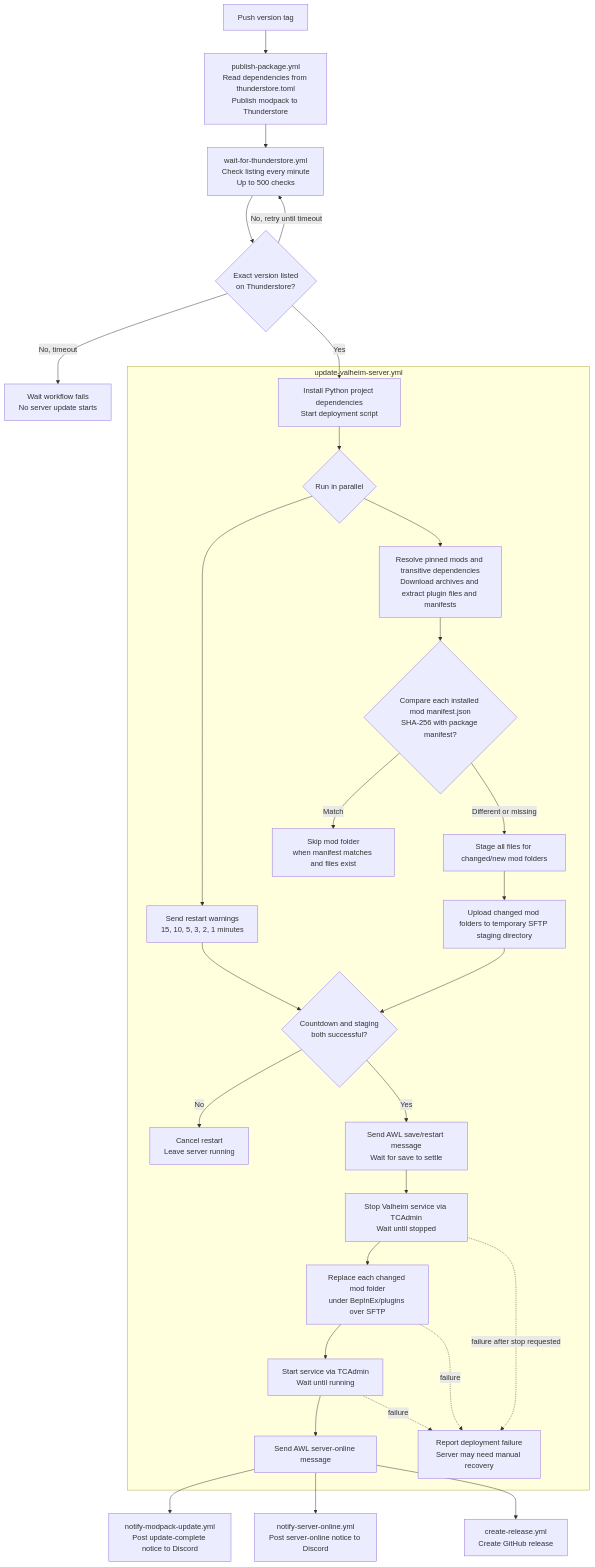
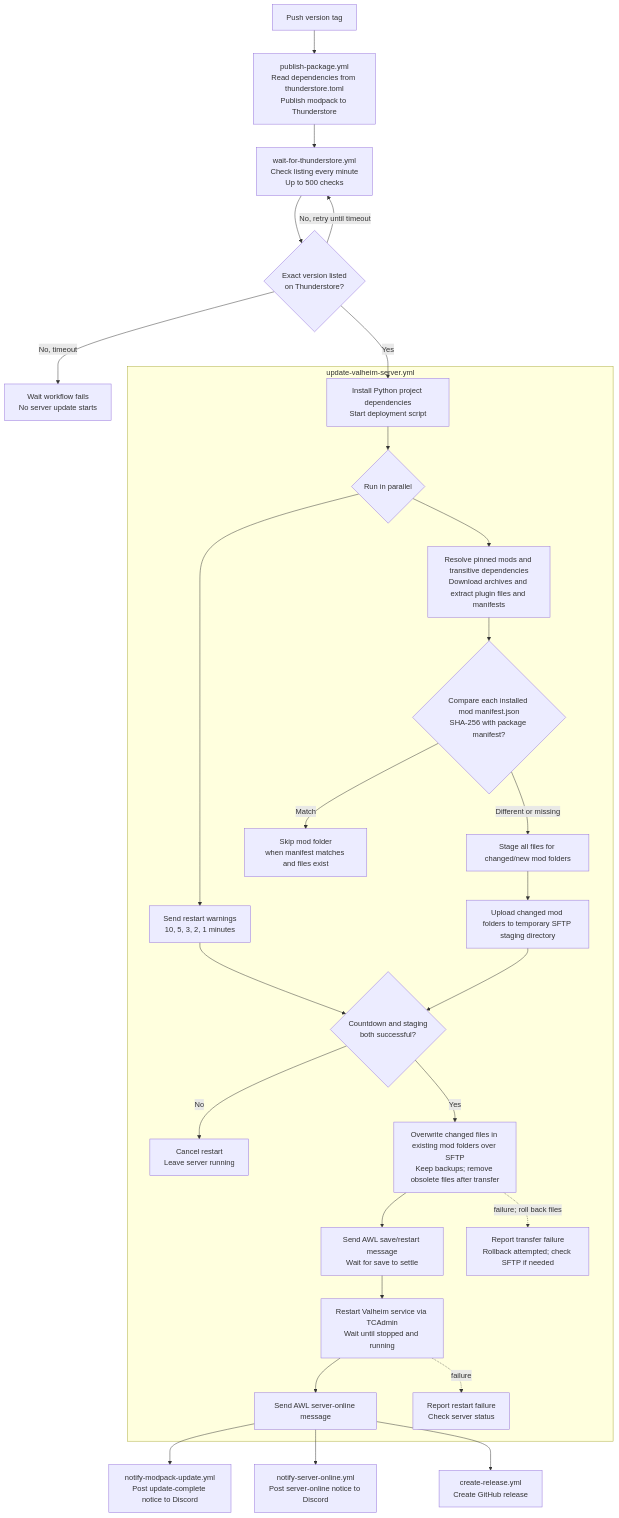
The diagram in docs/workflow.mmd (ryandamen/starfinders_valheim), drawn with Mermaid before and after one commit. The commit also changed 9 other files, not shown here.

First line of the commit message:
feat: promote mod updates live before restarting server

```diff
--- a/docs/workflow.mmd
+++ b/docs/workflow.mmd
@@ -1,52 +1,51 @@
 flowchart TD
     tag["Push version tag"]
     publish["publish-package.yml<br/>Read dependencies from thunderstore.toml<br/>Publish modpack to Thunderstore"]
     wait["wait-for-thunderstore.yml<br/>Check listing every minute<br/>Up to 500 checks"]
     listed{"Exact version listed<br/>on Thunderstore?"}
     failListing["Wait workflow fails<br/>No server update starts"]
 
     subgraph deploy["update-valheim-server.yml"]
         start["Install Python project dependencies<br/>Start deployment script"]
         parallel{"Run in parallel"}
-        countdown["Send restart warnings<br/>15, 10, 5, 3, 2, 1 minutes"]
+        countdown["Send restart warnings<br/>10, 5, 3, 2, 1 minutes"]
         packages["Resolve pinned mods and transitive dependencies<br/>Download archives and extract plugin files and manifests"]
         compare{"Compare each installed mod manifest.json<br/>SHA-256 with package manifest?"}
         unchanged["Skip mod folder<br/>when manifest matches and files exist"]
         changed["Stage all files for changed/new mod folders"]
         staged["Upload changed mod folders to temporary SFTP staging directory"]
         ready{"Countdown and staging<br/>both successful?"}
         cancel["Cancel restart<br/>Leave server running"]
+        promote["Overwrite changed files in existing mod folders over SFTP<br/>Keep backups; remove obsolete files after transfer"]
         save["Send AWL save/restart message<br/>Wait for save to settle"]
-        stop["Stop Valheim service via TCAdmin<br/>Wait until stopped"]
-        promote["Replace each changed mod folder<br/>under BepInEx/plugins over SFTP"]
-        launch["Start service via TCAdmin<br/>Wait until running"]
+        restart["Restart Valheim service via TCAdmin<br/>Wait until stopped and running"]
         awlOnline["Send AWL server-online message"]
-        failAfterStop["Report deployment failure<br/>Server may need manual recovery"]
+        failAfterStop["Report restart failure<br/>Check server status"]
+        promotionFailed["Report transfer failure<br/>Rollback attempted; check SFTP if needed"]
 
         start --> parallel
         parallel --> countdown
         parallel --> packages
         packages --> compare
         compare -->|Match| unchanged
         compare -->|Different or missing| changed --> staged
         countdown --> ready
         staged --> ready
         ready -->|No| cancel
-        ready -->|Yes| save
-        save --> stop --> promote --> launch --> awlOnline
-        stop -. "failure after stop requested" .-> failAfterStop
-        promote -. "failure" .-> failAfterStop
-        launch -. "failure" .-> failAfterStop
+        ready -->|Yes| promote
+        promote --> save --> restart --> awlOnline
+        promote -. "failure; roll back files" .-> promotionFailed
+        restart -. "failure" .-> failAfterStop
     end
 
     tag --> publish --> wait --> listed
     listed -->|No, retry until timeout| wait
     listed -->|No, timeout| failListing
     listed -->|Yes| start
 
     complete["notify-modpack-update.yml<br/>Post update-complete notice to Discord"]
     online["notify-server-online.yml<br/>Post server-online notice to Discord"]
     release["create-release.yml<br/>Create GitHub release"]
     awlOnline --> complete
     awlOnline --> online
     awlOnline --> release
```
